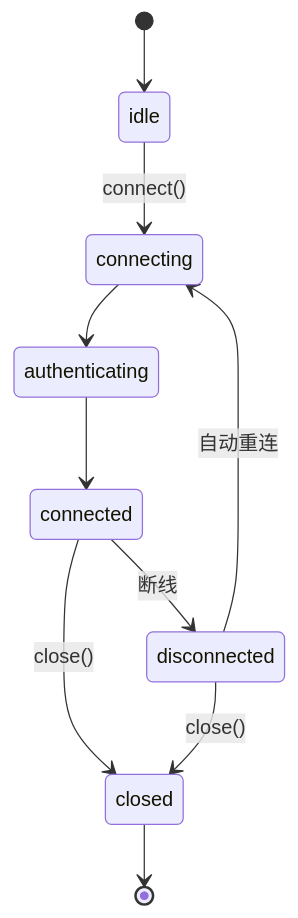
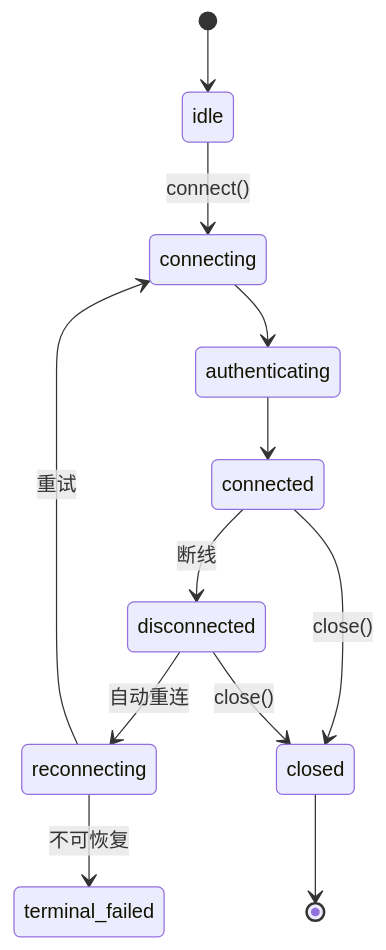
One commit to ModelUnion/aun-sdk-core changed the first of 3 diagrams in docs/sdk/03-核心概念.md. Above: the diagram before and after it, drawn with Mermaid. The commit also changed other lines of this file and 58 other files, not shown here.

````diff
--- a/docs/sdk/03-核心概念.md
+++ b/docs/sdk/03-核心概念.md
@@ -33,12 +33,14 @@
 ```mermaid
 stateDiagram-v2
     [*] --> idle
     idle --> connecting: connect()
     connecting --> authenticating
     authenticating --> connected
     connected --> disconnected: 断线
-    disconnected --> connecting: 自动重连
+    disconnected --> reconnecting: 自动重连
+    reconnecting --> connecting: 重试
+    reconnecting --> terminal_failed: 不可恢复
     connected --> closed: close()
     disconnected --> closed: close()
     closed --> [*]
 ```
````
